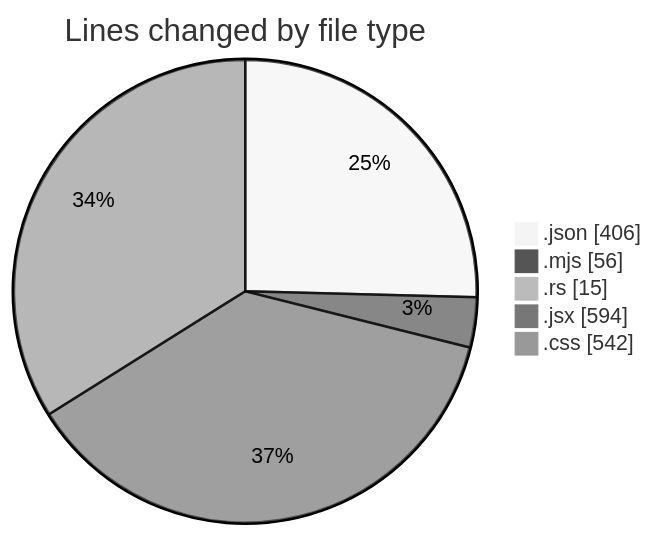
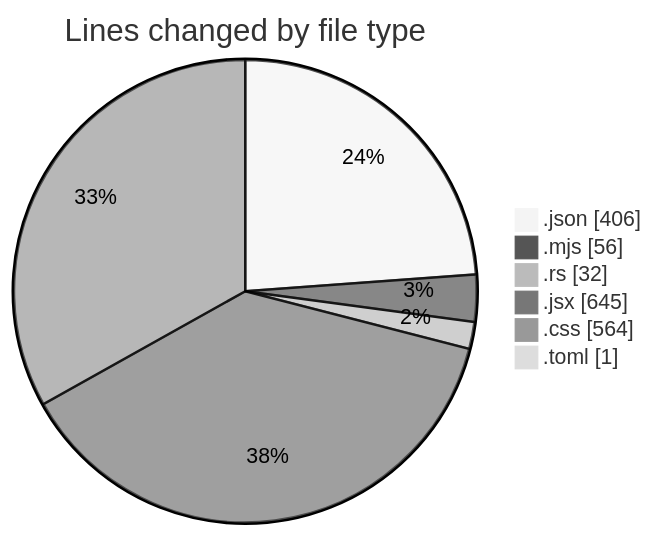
Before and after one commit to charlie-sans/code-tracking: the first of 2 diagrams in 2025-01-28/trollerboard/README.md, drawn with Mermaid (neutral theme). The commit also changed other lines of this file and 1 other file, not shown here.

````diff
--- a/2025-01-28/trollerboard/README.md
+++ b/2025-01-28/trollerboard/README.md
@@ -25,9 +27,10 @@
 ```mermaid
 pie showData
 title Lines changed by file type
 ".json" : 406
 ".mjs" : 56
-".rs" : 15
-".jsx" : 594
-".css" : 542
+".rs" : 32
+".jsx" : 645
+".css" : 564
+".toml" : 1
 ```
````
